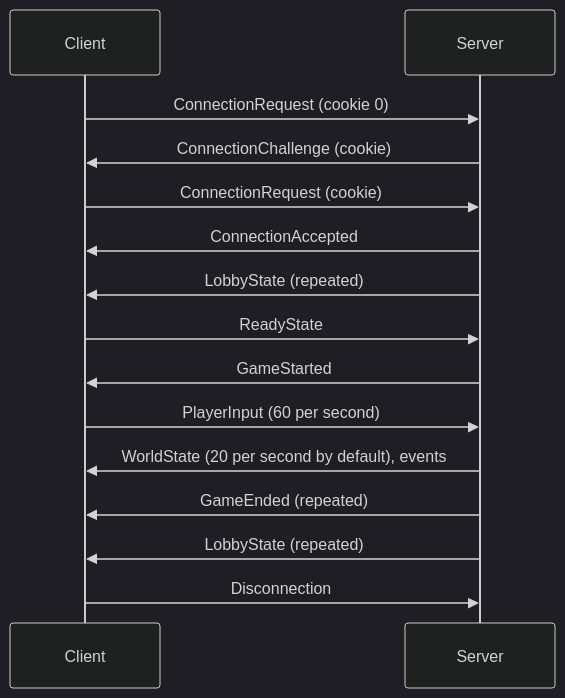
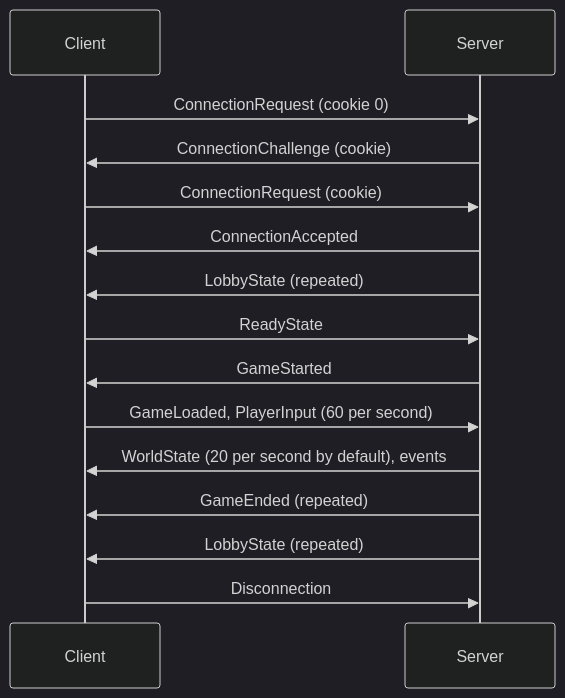
Before and after one commit to nique-epi/R-Type: the diagram in docs/src/content/docs/protocol.mdx, drawn with Mermaid (dark theme). The commit also changed other lines of this file and 45 other files, not shown here.

````diff
--- a/docs/src/content/docs/protocol.mdx
+++ b/docs/src/content/docs/protocol.mdx
@@ -237,19 +238,19 @@
 ```mermaid
 sequenceDiagram
   accTitle: Messages of one session
   accDescr: The client asks to connect, receives a challenge, asks again with the cookie and is accepted. The server repeats the lobby state until every player is ready, then starts the game. During the game the client sends its inputs and the server sends world states and events. When no player has a life left the server repeats the end of the game, then the lobby state again.
   participant C as Client
   participant S as Server
   C->>S: ConnectionRequest (cookie 0)
   S->>C: ConnectionChallenge (cookie)
   C->>S: ConnectionRequest (cookie)
   S->>C: ConnectionAccepted
   S->>C: LobbyState (repeated)
   C->>S: ReadyState
   S->>C: GameStarted
-  C->>S: PlayerInput (60 per second)
+  C->>S: GameLoaded, PlayerInput (60 per second)
   S->>C: WorldState (20 per second by default), events
   S->>C: GameEnded (repeated)
   S->>C: LobbyState (repeated)
   C->>S: Disconnection
 ```
````
